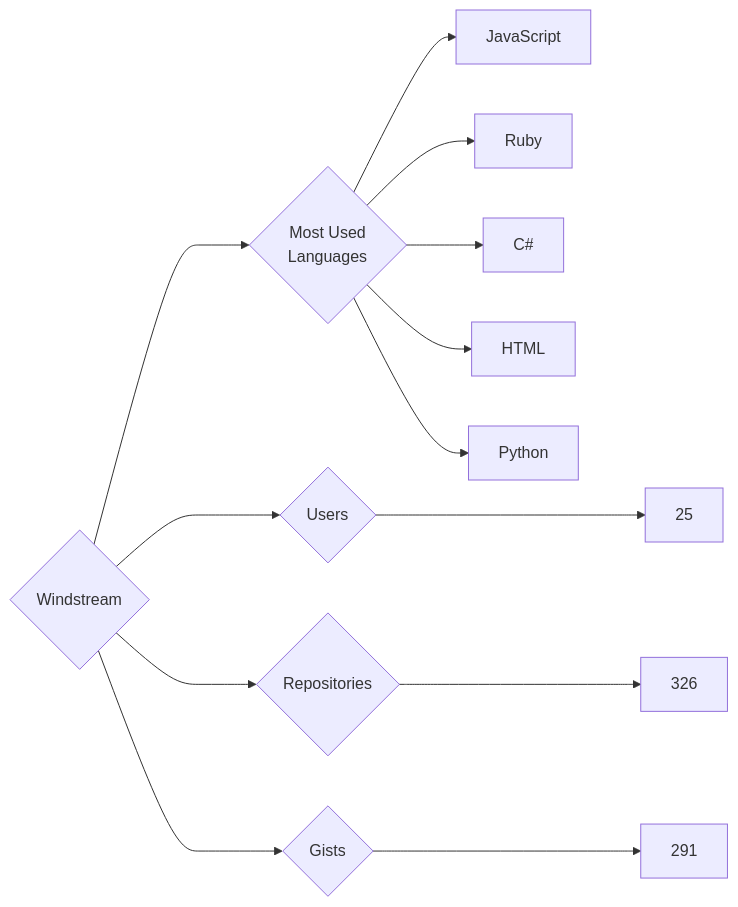
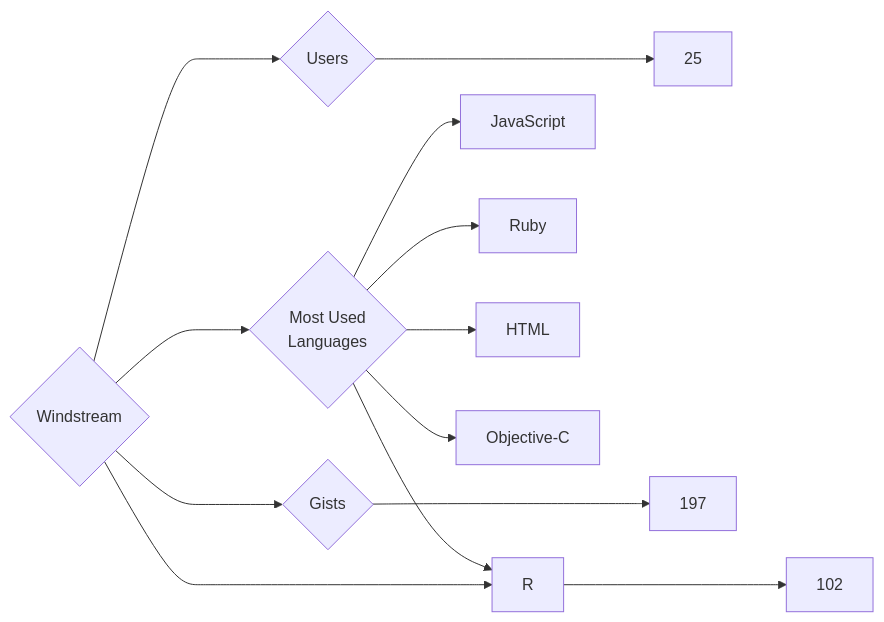
The diagram in targets/Windstream/README.md (trickest/insiders), drawn with Mermaid before and after one commit. The commit also changed 871 other files, not shown here.

````diff
--- a/targets/Windstream/README.md
+++ b/targets/Windstream/README.md
@@ -3,13 +3,13 @@
 ```mermaid
 graph LR
 COMPANY_NAME{Windstream}
 COMPANY_NAME ---> U{Users} ---> UN[25]
-COMPANY_NAME ---> R{Repositories} ---> RN[326]
-COMPANY_NAME ---> G{Gists} ---> GN[291]
+COMPANY_NAME ---> R{Repositories} ---> RN[102]
+COMPANY_NAME ---> G{Gists} ---> GN[197]
 COMPANY_NAME ---> ML{Most Used<br>Languages}
 ML --> JavaScript[JavaScript]
 ML --> Ruby[Ruby]
-ML --> C#[C#]
 ML --> HTML[HTML]
-ML --> Python[Python]
+ML --> R[R]
+ML --> Objective-C[Objective-C]
 ```
````
